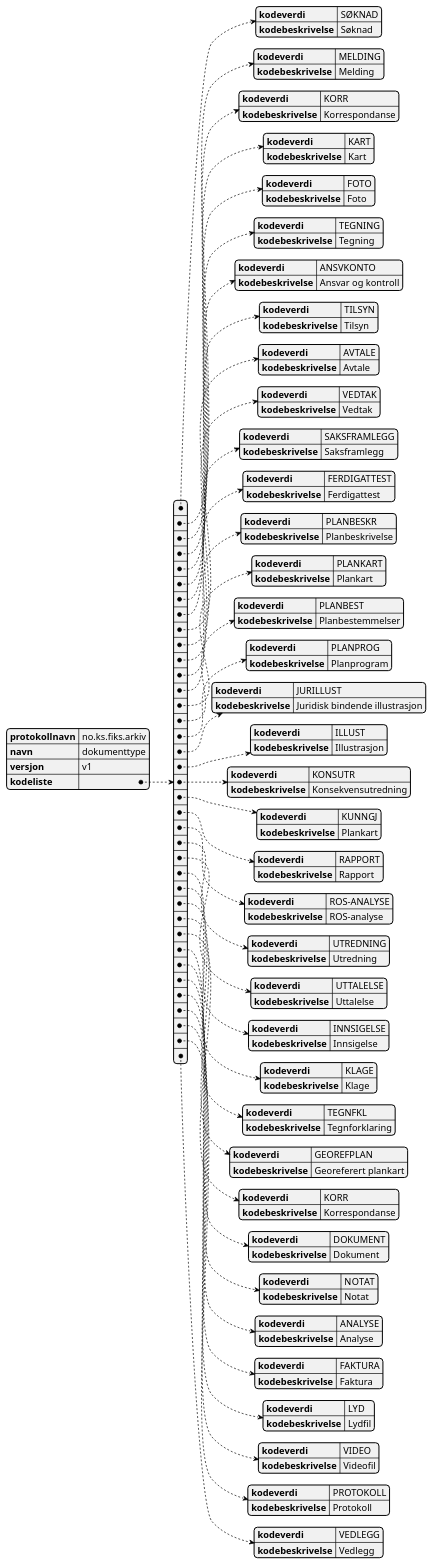
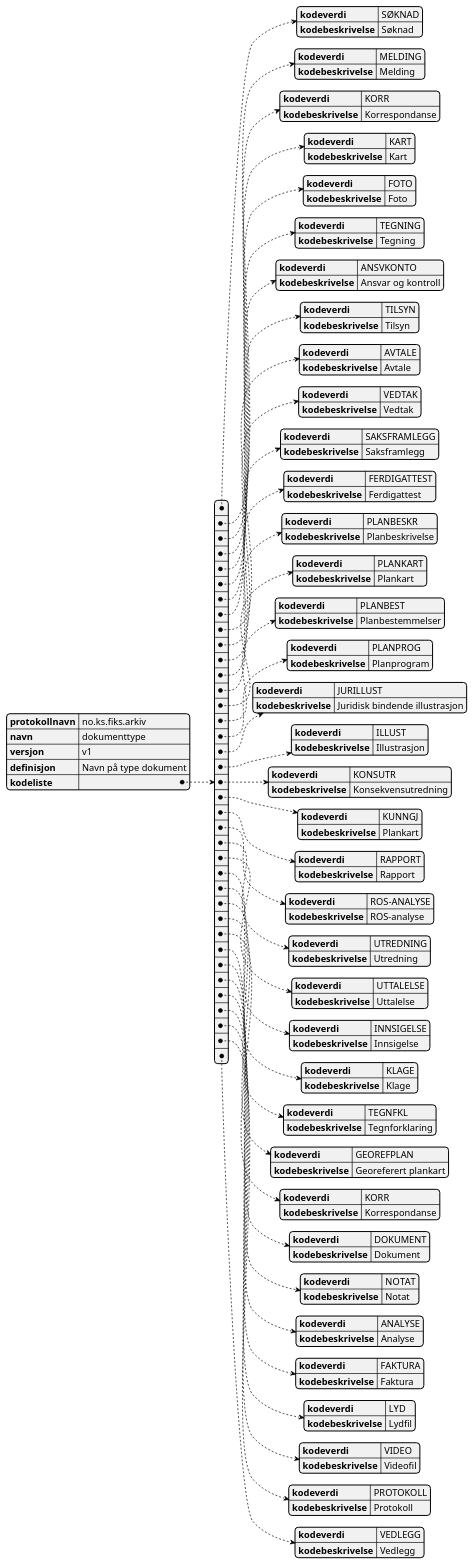
One commit to ks-no/fiks-arkiv-specification changed the diagram in Schema/V1/kodelister/no.ks.fiks.arkiv.v1.kodelister.dokumenttype/no.ks.fiks.arkiv.v1.kodelister.dokumenttype.puml. Above: the diagram before and after it, drawn with PlantUML. The commit also changed 9 other files, not shown here.

```diff
--- a/Schema/V1/kodelister/no.ks.fiks.arkiv.v1.kodelister.dokumenttype/no.ks.fiks.arkiv.v1.kodelister.dokumenttype.puml
+++ b/Schema/V1/kodelister/no.ks.fiks.arkiv.v1.kodelister.dokumenttype/no.ks.fiks.arkiv.v1.kodelister.dokumenttype.puml
@@ -1,157 +1,158 @@
 @startjson
 {
-  "protokollnavn": "no.ks.fiks.arkiv",
-  "navn": "dokumenttype",
-  "versjon": "v1",
-  "kodeliste": [
-    {
-      "kodeverdi" : "SØKNAD",
-      "kodebeskrivelse" : "Søknad"
-    },
-    {
-      "kodeverdi" : "MELDING",
-      "kodebeskrivelse" : "Melding"
-    },
-    {
-      "kodeverdi" : "KORR",
-      "kodebeskrivelse" : "Korrespondanse"
-    },
-    {
-      "kodeverdi" : "KART",
-      "kodebeskrivelse" : "Kart"
-    },
-    {
-      "kodeverdi" : "FOTO",
-      "kodebeskrivelse" : "Foto"
-    },
-    {
-      "kodeverdi" : "TEGNING",
-      "kodebeskrivelse" : "Tegning"
-    },
-    {
-      "kodeverdi" : "ANSVKONTO",
-      "kodebeskrivelse" : "Ansvar og kontroll"
-    },
-    {
-      "kodeverdi" : "TILSYN",
-      "kodebeskrivelse" : "Tilsyn"
-    },
-    {
-      "kodeverdi" : "AVTALE",
-      "kodebeskrivelse" : "Avtale"
-    },
-    {
-      "kodeverdi" : "VEDTAK",
-      "kodebeskrivelse" : "Vedtak"
-    },
-    {
-      "kodeverdi" : "SAKSFRAMLEGG",
-      "kodebeskrivelse" : "Saksframlegg"
-    },
-    {
-      "kodeverdi" : "FERDIGATTEST",
-      "kodebeskrivelse" : "Ferdigattest"
-    },
-    {
-      "kodeverdi" : "PLANBESKR",
-      "kodebeskrivelse" : "Planbeskrivelse"
-    },
-    {
-      "kodeverdi" : "PLANKART",
-      "kodebeskrivelse" : "Plankart"
-    },
-    {
-      "kodeverdi" : "PLANBEST",
-      "kodebeskrivelse" : "Planbestemmelser"
-    },
-    {
-      "kodeverdi" : "PLANPROG",
-      "kodebeskrivelse" : "Planprogram"
-    },
-    {
-      "kodeverdi" : "JURILLUST",
-      "kodebeskrivelse" : "Juridisk bindende illustrasjon"
-    },
-    {
-      "kodeverdi" : "ILLUST",
-      "kodebeskrivelse" : "Illustrasjon"
-    },
-    {
-      "kodeverdi" : "KONSUTR",
-      "kodebeskrivelse" : "Konsekvensutredning"
-    },
-    {
-      "kodeverdi" : "KUNNGJ",
-      "kodebeskrivelse" : "Plankart"
-    },
-    {
-      "kodeverdi" : "RAPPORT",
-      "kodebeskrivelse" : "Rapport"
-    },
-    {
-      "kodeverdi" : "ROS-ANALYSE",
-      "kodebeskrivelse" : "ROS-analyse"
-    },
-    {
-      "kodeverdi" : "UTREDNING",
-      "kodebeskrivelse" : "Utredning"
-    },
-    {
-      "kodeverdi" : "UTTALELSE",
-      "kodebeskrivelse" : "Uttalelse"
-    },
-    {
-      "kodeverdi" : "INNSIGELSE",
-      "kodebeskrivelse" : "Innsigelse"
-    },
-    {
-      "kodeverdi" : "KLAGE",
-      "kodebeskrivelse" : "Klage"
-    },
-    {
-      "kodeverdi" : "TEGNFKL",
-      "kodebeskrivelse" : "Tegnforklaring"
-    },
-    {
-      "kodeverdi" : "GEOREFPLAN",
-      "kodebeskrivelse" : "Georeferert plankart"
-    },
-    {
-      "kodeverdi" : "KORR",
-      "kodebeskrivelse" : "Korrespondanse"
-    },
-    {
-      "kodeverdi" : "DOKUMENT",
-      "kodebeskrivelse" : "Dokument"
-    },
-    {
-      "kodeverdi" : "NOTAT",
-      "kodebeskrivelse" : "Notat"
-    },
-    {
-      "kodeverdi" : "ANALYSE",
-      "kodebeskrivelse" : "Analyse"
-    },
-    {
-      "kodeverdi" : "FAKTURA",
-      "kodebeskrivelse" : "Faktura"
-    },
-    {
-      "kodeverdi" : "LYD",
-      "kodebeskrivelse" : "Lydfil"
-    },
-    {
-      "kodeverdi" : "VIDEO",
-      "kodebeskrivelse" : "Videofil"
-    },
-    {
-      "kodeverdi" : "PROTOKOLL",
-      "kodebeskrivelse" : "Protokoll"
-    },
-    {
-      "kodeverdi" : "VEDLEGG",
-      "kodebeskrivelse" : "Vedlegg"
-    }
-  ]
-}
+   "protokollnavn": "no.ks.fiks.arkiv",
+   "navn": "dokumenttype",
+   "versjon": "v1",
+   "definisjon": "Navn på type dokument",
+   "kodeliste": [
+     {
+       "kodeverdi" : "SØKNAD",
+       "kodebeskrivelse" : "Søknad"
+     },
+     {
+       "kodeverdi" : "MELDING",
+       "kodebeskrivelse" : "Melding"
+     },
+     {
+       "kodeverdi" : "KORR",
+       "kodebeskrivelse" : "Korrespondanse"
+     },
+     {
+       "kodeverdi" : "KART",
+       "kodebeskrivelse" : "Kart"
+     },
+     {
+       "kodeverdi" : "FOTO",
+       "kodebeskrivelse" : "Foto"
+     },
+     {
+       "kodeverdi" : "TEGNING",
+       "kodebeskrivelse" : "Tegning"
+     },
+     {
+       "kodeverdi" : "ANSVKONTO",
+       "kodebeskrivelse" : "Ansvar og kontroll"
+     },
+     {
+       "kodeverdi" : "TILSYN",
+       "kodebeskrivelse" : "Tilsyn"
+     },
+     {
+       "kodeverdi" : "AVTALE",
+       "kodebeskrivelse" : "Avtale"
+     },
+     {
+       "kodeverdi" : "VEDTAK",
+       "kodebeskrivelse" : "Vedtak"
+     },
+     {
+       "kodeverdi" : "SAKSFRAMLEGG",
+       "kodebeskrivelse" : "Saksframlegg"
+     },
+     {
+       "kodeverdi" : "FERDIGATTEST",
+       "kodebeskrivelse" : "Ferdigattest"
+     },
+     {
+       "kodeverdi" : "PLANBESKR",
+       "kodebeskrivelse" : "Planbeskrivelse"
+     },
+     {
+       "kodeverdi" : "PLANKART",
+       "kodebeskrivelse" : "Plankart"
+     },
+     {
+       "kodeverdi" : "PLANBEST",
+       "kodebeskrivelse" : "Planbestemmelser"
+     },
+     {
+       "kodeverdi" : "PLANPROG",
+       "kodebeskrivelse" : "Planprogram"
+     },
+     {
+       "kodeverdi" : "JURILLUST",
+       "kodebeskrivelse" : "Juridisk bindende illustrasjon"
+     },
+     {
+       "kodeverdi" : "ILLUST",
+       "kodebeskrivelse" : "Illustrasjon"
+     },
+     {
+       "kodeverdi" : "KONSUTR",
+       "kodebeskrivelse" : "Konsekvensutredning"
+     },
+     {
+       "kodeverdi" : "KUNNGJ",
+       "kodebeskrivelse" : "Plankart"
+     },
+     {
+       "kodeverdi" : "RAPPORT",
+       "kodebeskrivelse" : "Rapport"
+     },
+     {
+       "kodeverdi" : "ROS-ANALYSE",
+       "kodebeskrivelse" : "ROS-analyse"
+     },
+     {
+       "kodeverdi" : "UTREDNING",
+       "kodebeskrivelse" : "Utredning"
+     },
+     {
+       "kodeverdi" : "UTTALELSE",
+       "kodebeskrivelse" : "Uttalelse"
+     },
+     {
+       "kodeverdi" : "INNSIGELSE",
+       "kodebeskrivelse" : "Innsigelse"
+     },
+     {
+       "kodeverdi" : "KLAGE",
+       "kodebeskrivelse" : "Klage"
+     },
+     {
+       "kodeverdi" : "TEGNFKL",
+       "kodebeskrivelse" : "Tegnforklaring"
+     },
+     {
+       "kodeverdi" : "GEOREFPLAN",
+       "kodebeskrivelse" : "Georeferert plankart"
+     },
+     {
+       "kodeverdi" : "KORR",
+       "kodebeskrivelse" : "Korrespondanse"
+     },
+     {
+       "kodeverdi" : "DOKUMENT",
+       "kodebeskrivelse" : "Dokument"
+     },
+     {
+       "kodeverdi" : "NOTAT",
+       "kodebeskrivelse" : "Notat"
+     },
+     {
+       "kodeverdi" : "ANALYSE",
+       "kodebeskrivelse" : "Analyse"
+     },
+     {
+       "kodeverdi" : "FAKTURA",
+       "kodebeskrivelse" : "Faktura"
+     },
+     {
+       "kodeverdi" : "LYD",
+       "kodebeskrivelse" : "Lydfil"
+     },
+     {
+       "kodeverdi" : "VIDEO",
+       "kodebeskrivelse" : "Videofil"
+     },
+     {
+       "kodeverdi" : "PROTOKOLL",
+       "kodebeskrivelse" : "Protokoll"
+     },
+     {
+       "kodeverdi" : "VEDLEGG",
+       "kodebeskrivelse" : "Vedlegg"
+     }
+   ]
+ }
 @endjson
```
